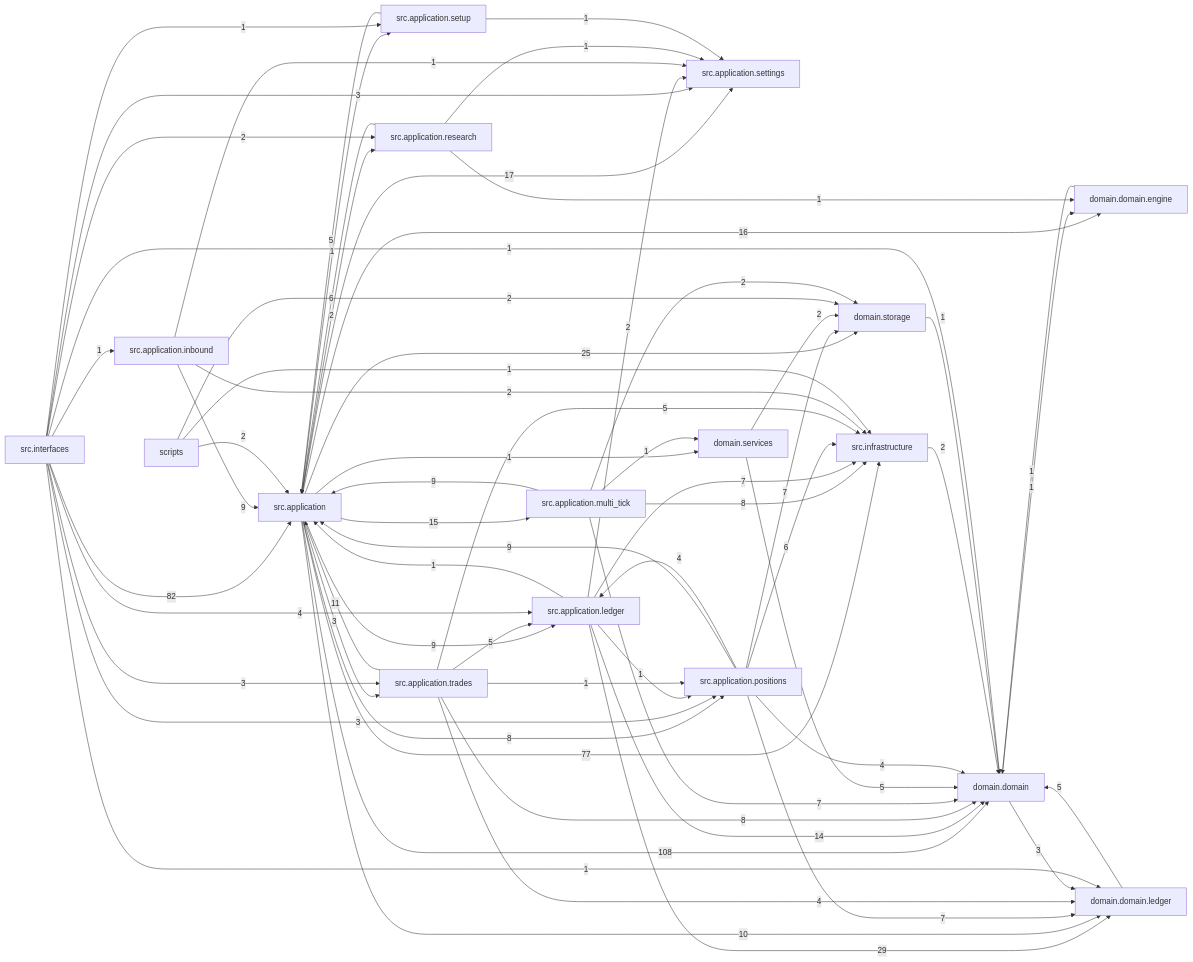
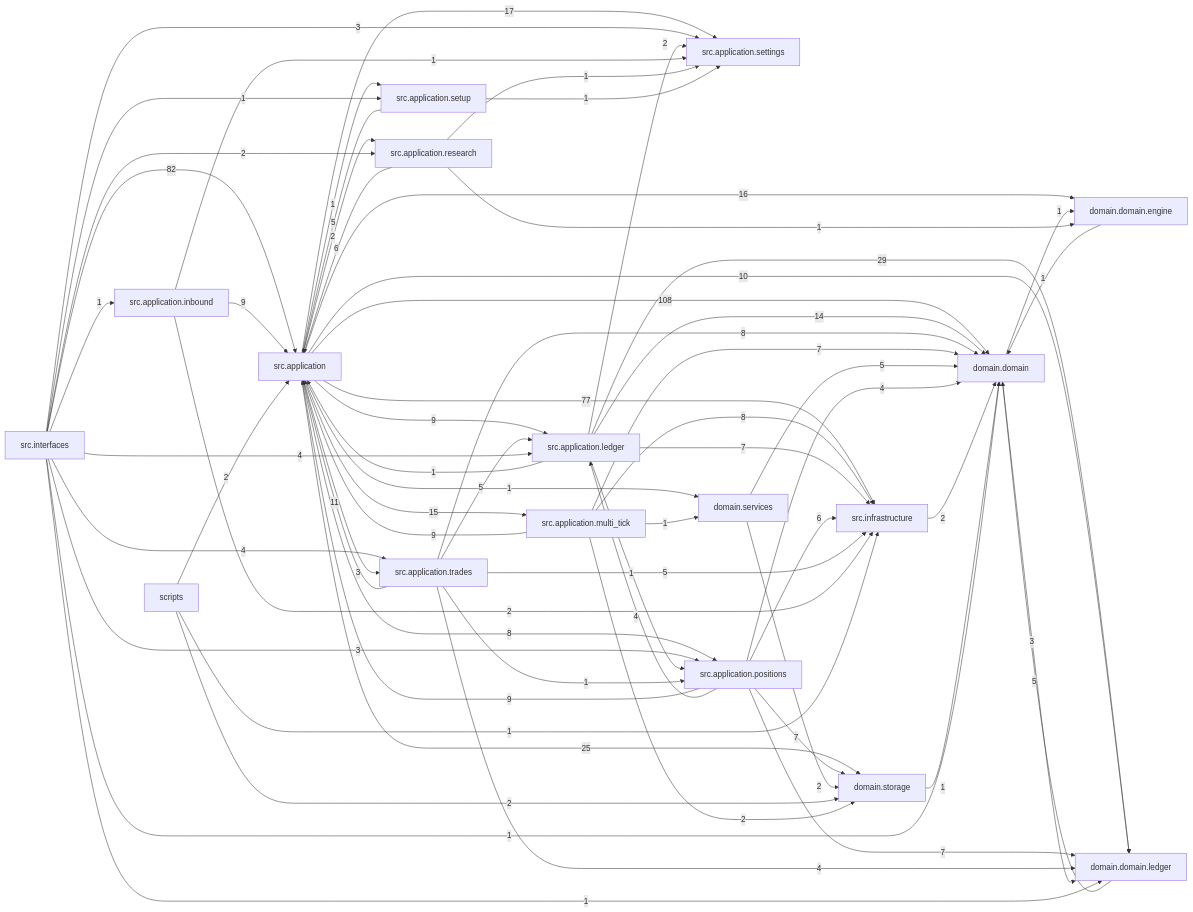
One commit to liuxie066/options-monitor changed the diagram in docs/dependency_graph.mmd. Above: the diagram before and after it, drawn with Mermaid. The commit also changed 13 other files, not shown here.

```diff
--- a/docs/dependency_graph.mmd
+++ b/docs/dependency_graph.mmd
@@ -1,66 +1,66 @@
 flowchart LR
   src_application["src.application"] -->|108| domain_domain["domain.domain"]
   src_interfaces["src.interfaces"] -->|82| src_application["src.application"]
   src_application["src.application"] -->|77| src_infrastructure["src.infrastructure"]
   src_application_ledger["src.application.ledger"] -->|29| domain_domain_ledger["domain.domain.ledger"]
   src_application["src.application"] -->|25| domain_storage["domain.storage"]
   src_application["src.application"] -->|17| src_application_settings["src.application.settings"]
   src_application["src.application"] -->|16| domain_domain_engine["domain.domain.engine"]
   src_application["src.application"] -->|15| src_application_multi_tick["src.application.multi_tick"]
   src_application_ledger["src.application.ledger"] -->|14| domain_domain["domain.domain"]
   src_application_trades["src.application.trades"] -->|11| src_application["src.application"]
   src_application["src.application"] -->|10| domain_domain_ledger["domain.domain.ledger"]
   src_application["src.application"] -->|9| src_application_ledger["src.application.ledger"]
   src_application_inbound["src.application.inbound"] -->|9| src_application["src.application"]
   src_application_multi_tick["src.application.multi_tick"] -->|9| src_application["src.application"]
   src_application_positions["src.application.positions"] -->|9| src_application["src.application"]
   src_application["src.application"] -->|8| src_application_positions["src.application.positions"]
   src_application_multi_tick["src.application.multi_tick"] -->|8| src_infrastructure["src.infrastructure"]
   src_application_trades["src.application.trades"] -->|8| domain_domain["domain.domain"]
   src_application_ledger["src.application.ledger"] -->|7| src_infrastructure["src.infrastructure"]
   src_application_multi_tick["src.application.multi_tick"] -->|7| domain_domain["domain.domain"]
   src_application_positions["src.application.positions"] -->|7| domain_domain_ledger["domain.domain.ledger"]
   src_application_positions["src.application.positions"] -->|7| domain_storage["domain.storage"]
   src_application_positions["src.application.positions"] -->|6| src_infrastructure["src.infrastructure"]
   src_application_research["src.application.research"] -->|6| src_application["src.application"]
   domain_domain_ledger["domain.domain.ledger"] -->|5| domain_domain["domain.domain"]
   domain_services["domain.services"] -->|5| domain_domain["domain.domain"]
   src_application_setup["src.application.setup"] -->|5| src_application["src.application"]
   src_application_trades["src.application.trades"] -->|5| src_application_ledger["src.application.ledger"]
   src_application_trades["src.application.trades"] -->|5| src_infrastructure["src.infrastructure"]
   src_application_positions["src.application.positions"] -->|4| domain_domain["domain.domain"]
   src_application_positions["src.application.positions"] -->|4| src_application_ledger["src.application.ledger"]
   src_application_trades["src.application.trades"] -->|4| domain_domain_ledger["domain.domain.ledger"]
   src_interfaces["src.interfaces"] -->|4| src_application_ledger["src.application.ledger"]
+  src_interfaces["src.interfaces"] -->|4| src_application_trades["src.application.trades"]
   domain_domain["domain.domain"] -->|3| domain_domain_ledger["domain.domain.ledger"]
   src_application["src.application"] -->|3| src_application_trades["src.application.trades"]
   src_interfaces["src.interfaces"] -->|3| src_application_positions["src.application.positions"]
   src_interfaces["src.interfaces"] -->|3| src_application_settings["src.application.settings"]
-  src_interfaces["src.interfaces"] -->|3| src_application_trades["src.application.trades"]
   domain_services["domain.services"] -->|2| domain_storage["domain.storage"]
   scripts["scripts"] -->|2| domain_storage["domain.storage"]
   scripts["scripts"] -->|2| src_application["src.application"]
   src_application["src.application"] -->|2| src_application_research["src.application.research"]
   src_application_inbound["src.application.inbound"] -->|2| src_infrastructure["src.infrastructure"]
   src_application_ledger["src.application.ledger"] -->|2| src_application_settings["src.application.settings"]
   src_application_multi_tick["src.application.multi_tick"] -->|2| domain_storage["domain.storage"]
   src_infrastructure["src.infrastructure"] -->|2| domain_domain["domain.domain"]
   src_interfaces["src.interfaces"] -->|2| src_application_research["src.application.research"]
   domain_domain["domain.domain"] -->|1| domain_domain_engine["domain.domain.engine"]
   domain_domain_engine["domain.domain.engine"] -->|1| domain_domain["domain.domain"]
   domain_storage["domain.storage"] -->|1| domain_domain["domain.domain"]
   scripts["scripts"] -->|1| src_infrastructure["src.infrastructure"]
   src_application["src.application"] -->|1| domain_services["domain.services"]
   src_application["src.application"] -->|1| src_application_setup["src.application.setup"]
   src_application_inbound["src.application.inbound"] -->|1| src_application_settings["src.application.settings"]
   src_application_ledger["src.application.ledger"] -->|1| src_application["src.application"]
   src_application_ledger["src.application.ledger"] -->|1| src_application_positions["src.application.positions"]
   src_application_multi_tick["src.application.multi_tick"] -->|1| domain_services["domain.services"]
   src_application_research["src.application.research"] -->|1| domain_domain_engine["domain.domain.engine"]
   src_application_research["src.application.research"] -->|1| src_application_settings["src.application.settings"]
   src_application_setup["src.application.setup"] -->|1| src_application_settings["src.application.settings"]
   src_application_trades["src.application.trades"] -->|1| src_application_positions["src.application.positions"]
   src_interfaces["src.interfaces"] -->|1| domain_domain["domain.domain"]
   src_interfaces["src.interfaces"] -->|1| domain_domain_ledger["domain.domain.ledger"]
   src_interfaces["src.interfaces"] -->|1| src_application_inbound["src.application.inbound"]
   src_interfaces["src.interfaces"] -->|1| src_application_setup["src.application.setup"]
```
